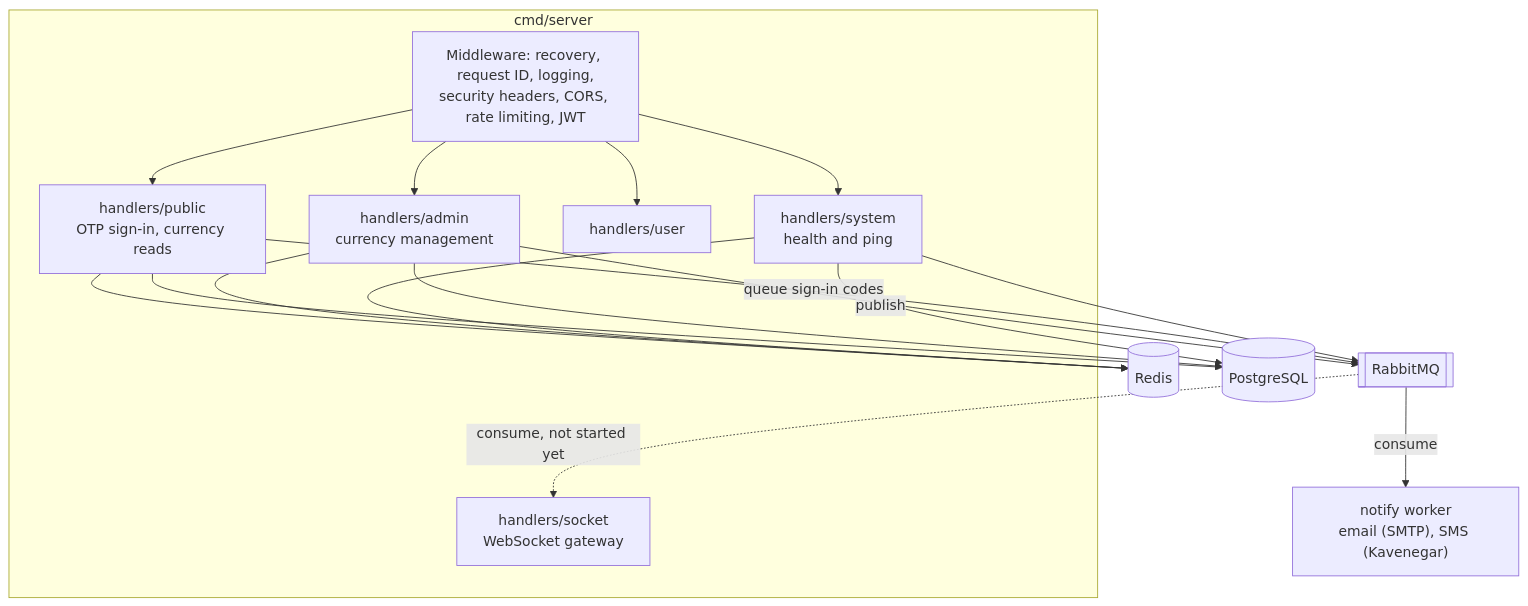
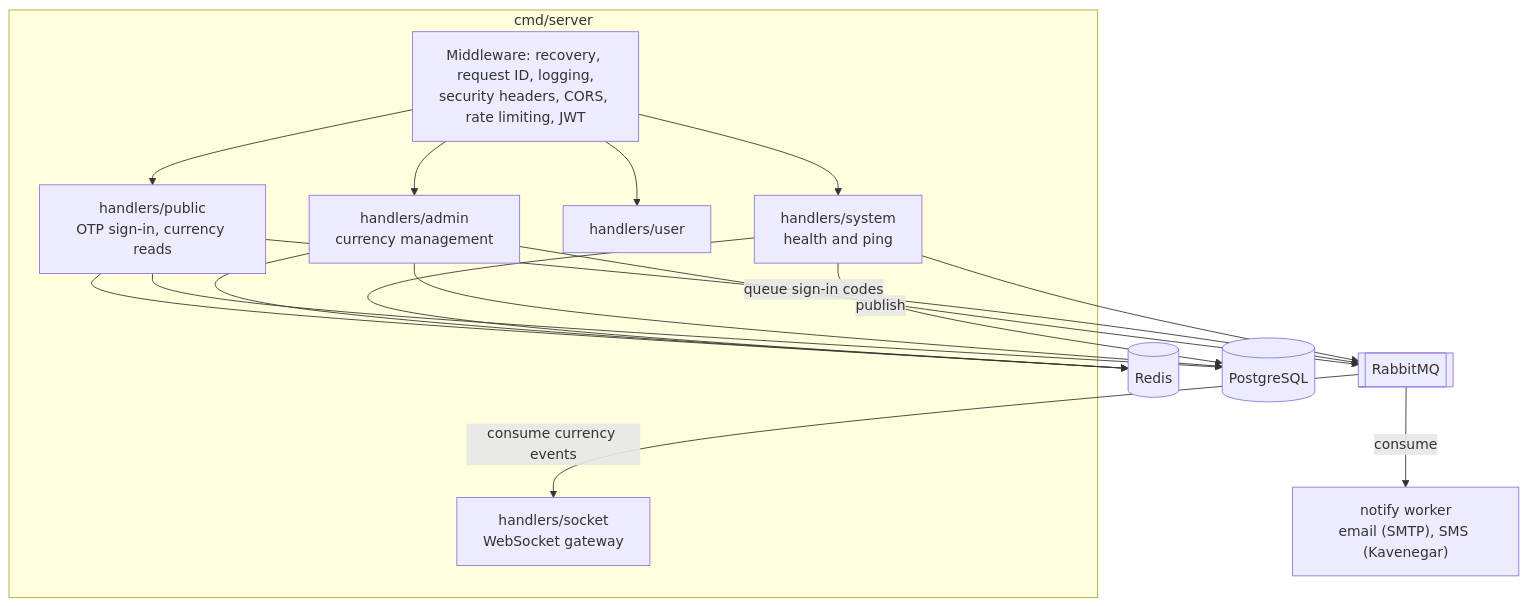
Before and after one commit to mdastpak/Crypto-Exchange: the first of 2 diagrams in docs/architecture.md, drawn with Mermaid. The commit also changed other lines of this file and 11 other files, not shown here.

````diff
--- a/docs/architecture.md
+++ b/docs/architecture.md
@@ -9,21 +9,21 @@
 ```mermaid
 flowchart TB
     subgraph Server["cmd/server"]
         mw["Middleware: recovery, request ID, logging,<br/>security headers, CORS, rate limiting, JWT"]
         public["handlers/public<br/>OTP sign-in, currency reads"]
         admin["handlers/admin<br/>currency management"]
         user["handlers/user"]
         system["handlers/system<br/>health and ping"]
         socket["handlers/socket<br/>WebSocket gateway"]
     end
     mw --> public & admin & user & system
     public --> redis[(Redis)]
     public --> pg[(PostgreSQL)]
     admin --> pg
     admin --> redis
     admin -->|publish| mq[[RabbitMQ]]
     public -->|queue sign-in codes| mq
     mq -->|consume| notify["notify worker<br/>email (SMTP), SMS (Kavenegar)"]
-    mq -.->|consume, not started yet| socket
+    mq -->|consume currency events| socket
     system --> pg & redis & mq
 ```
````
